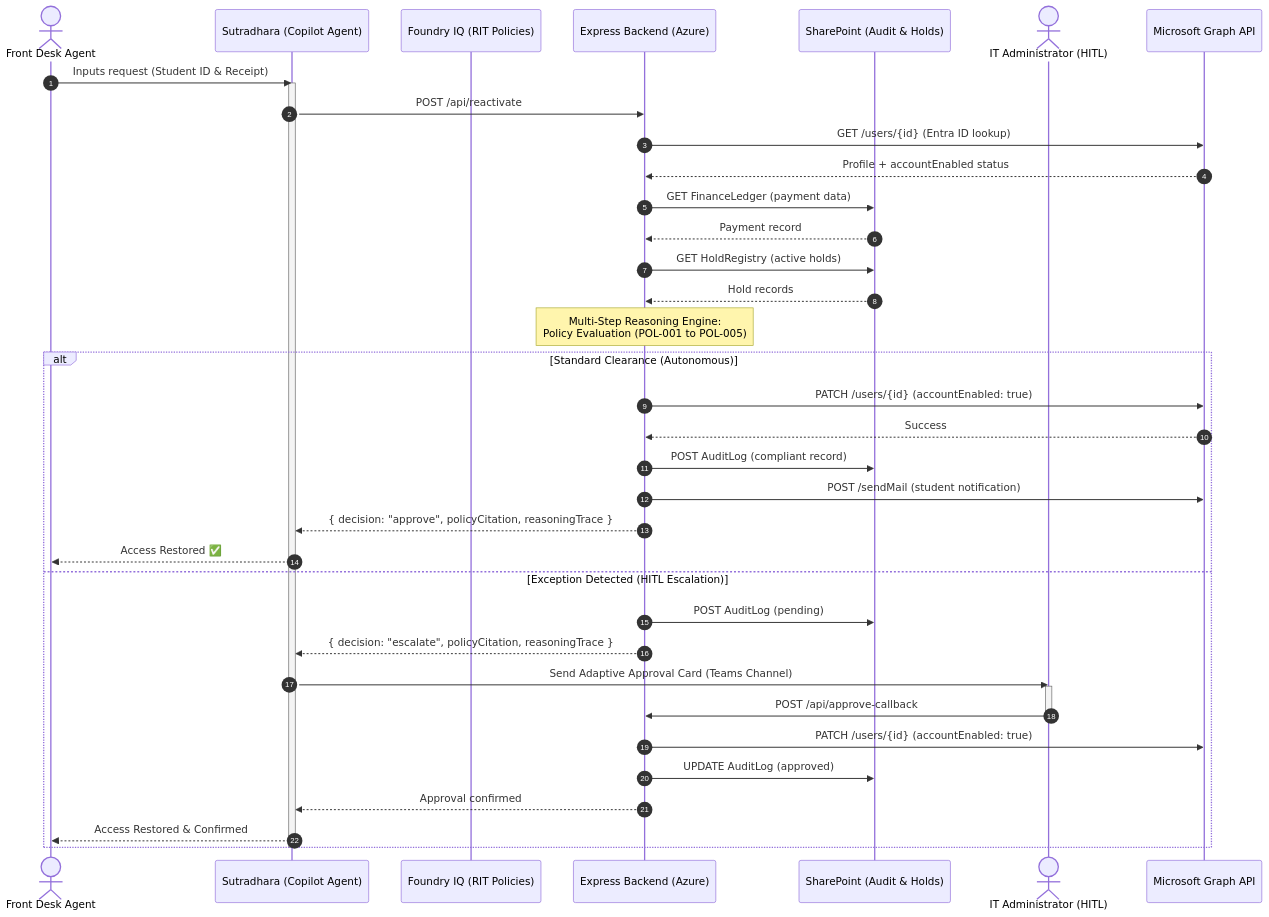
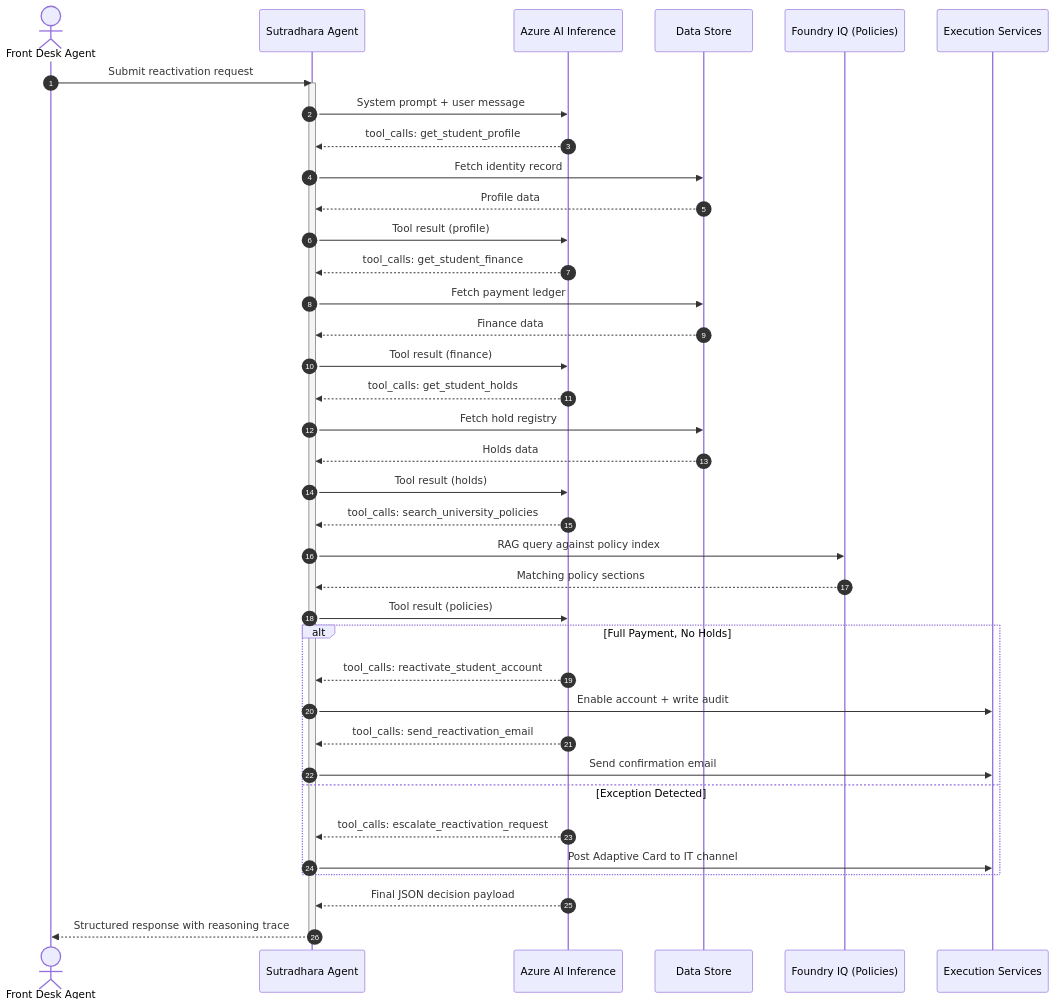
The second of 5 diagrams in README.md (Ganesh2006646/Agent-League-Hackathon---microsoft), drawn with Mermaid before and after one commit. The commit also changed other lines of this file and 5 other files, not shown here.

Commit message:
Professional README, dashboard branding, autonomous agent pipeline, and payment system

````diff
--- a/README.md
+++ b/README.md
@@ -12,42 +127,44 @@
 ```mermaid
 sequenceDiagram
     autonumber
     actor FD as Front Desk Agent
-    participant S as Sutradhara (Copilot Agent)
-    participant KB as Foundry IQ (RIT Policies)
-    participant BE as Express Backend (Azure)
-    participant SP as SharePoint (Audit & Holds)
-    actor IT as IT Administrator (HITL)
-    participant Graph as Microsoft Graph API
+    participant SA as Sutradhara Agent
+    participant AI as Azure AI Inference
+    participant DB as Data Store
+    participant FIQ as Foundry IQ (Policies)
+    participant EX as Execution Services
 
-    FD->>S: Inputs request (Student ID & Receipt)
-    activate S
-    S->>BE: POST /api/reactivate
-    BE->>Graph: GET /users/{id} (Entra ID lookup)
-    Graph-->>BE: Profile + accountEnabled status
-    BE->>SP: GET FinanceLedger (payment data)
-    SP-->>BE: Payment record
-    BE->>SP: GET HoldRegistry (active holds)
-    SP-->>BE: Hold records
-    Note over BE: Multi-Step Reasoning Engine:<br/>Policy Evaluation (POL-001 to POL-005)
-    alt Standard Clearance (Autonomous)
-        BE->>Graph: PATCH /users/{id} (accountEnabled: true)
-        Graph-->>BE: Success
-        BE->>SP: POST AuditLog (compliant record)
-        BE->>Graph: POST /sendMail (student notification)
-        BE-->>S: { decision: "approve", policyCitation, reasoningTrace }
-        S-->>FD: Access Restored ✅
-    else Exception Detected (HITL Escalation)
-        BE->>SP: POST AuditLog (pending)
-        BE-->>S: { decision: "escalate", policyCitation, reasoningTrace }
-        S->>IT: Send Adaptive Approval Card (Teams Channel)
-        activate IT
-        IT->>BE: POST /api/approve-callback
-        deactivate IT
-        BE->>Graph: PATCH /users/{id} (accountEnabled: true)
-        BE->>SP: UPDATE AuditLog (approved)
-        BE-->>S: Approval confirmed
-        S-->>FD: Access Restored & Confirmed
+    FD->>SA: Submit reactivation request
+    activate SA
+    SA->>AI: System prompt + user message
+    AI-->>SA: tool_calls: get_student_profile
+    SA->>DB: Fetch identity record
+    DB-->>SA: Profile data
+    SA->>AI: Tool result (profile)
+    AI-->>SA: tool_calls: get_student_finance
+    SA->>DB: Fetch payment ledger
+    DB-->>SA: Finance data
+    SA->>AI: Tool result (finance)
+    AI-->>SA: tool_calls: get_student_holds
+    SA->>DB: Fetch hold registry
+    DB-->>SA: Holds data
+    SA->>AI: Tool result (holds)
+    AI-->>SA: tool_calls: search_university_policies
+    SA->>FIQ: RAG query against policy index
+    FIQ-->>SA: Matching policy sections
+    SA->>AI: Tool result (policies)
+
+    alt Full Payment, No Holds
+        AI-->>SA: tool_calls: reactivate_student_account
+        SA->>EX: Enable account + write audit
+        AI-->>SA: tool_calls: send_reactivation_email
+        SA->>EX: Send confirmation email
+    else Exception Detected
+        AI-->>SA: tool_calls: escalate_reactivation_request
+        SA->>EX: Post Adaptive Card to IT channel
     end
-    deactivate S
+
+    AI-->>SA: Final JSON decision payload
+    SA-->>FD: Structured response with reasoning trace
+    deactivate SA
 ```
````
